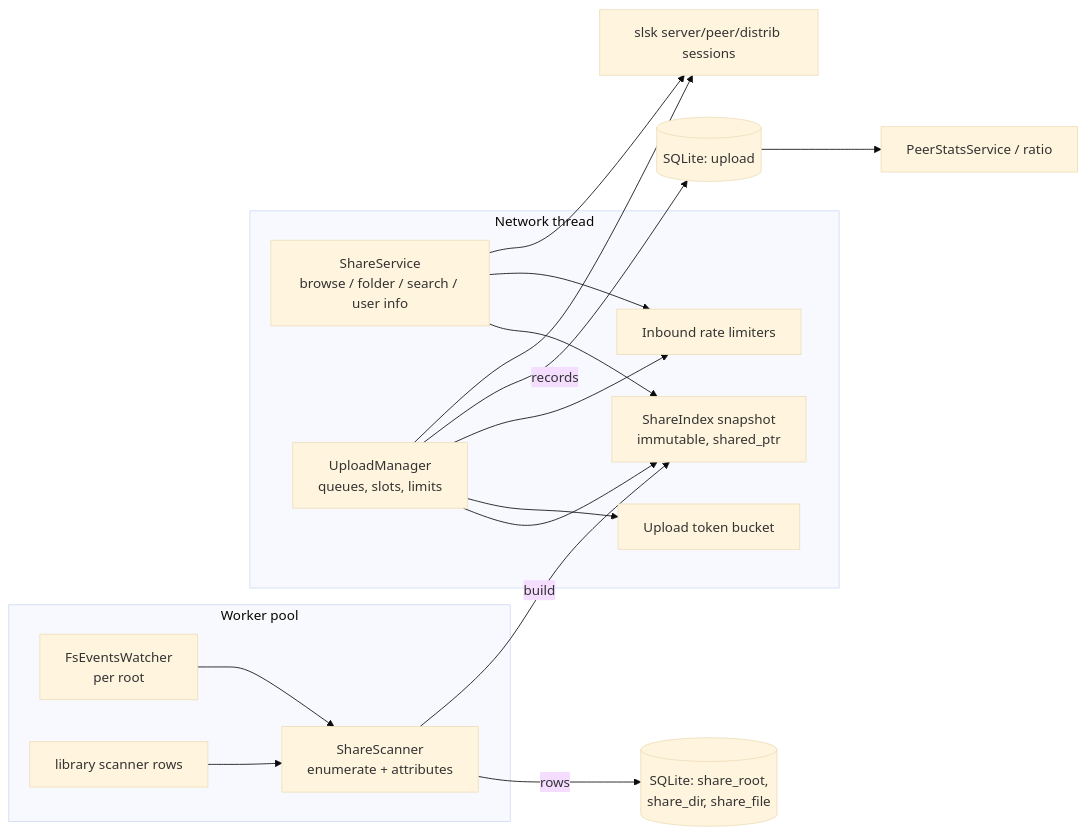
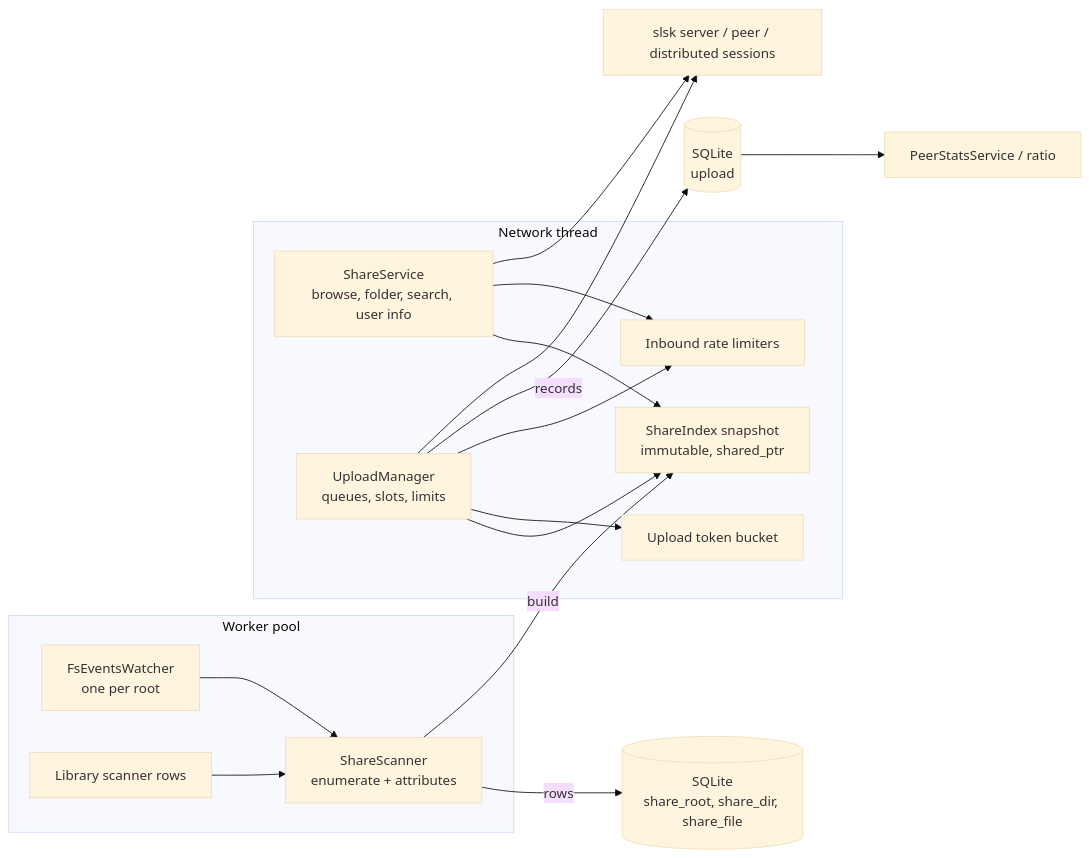
Before and after one commit to usr-ein/selecta: the second of 3 diagrams in references/sharing-and-uploads.md, drawn with Mermaid (base theme). The commit also changed other lines of this file, not shown here.

Commit message:
references: sharing — fix mermaid labels, clarify encoding, dataless and offline details

````diff
--- a/references/sharing-and-uploads.md
+++ b/references/sharing-and-uploads.md
@@ -510,20 +514,20 @@
 ```mermaid
 flowchart LR
-  subgraph worker[Worker pool]
-    W[FsEventsWatcher\nper root] --> SC[ShareScanner\nenumerate + attributes]
-    LIB[library scanner rows] --> SC
+  subgraph worker["Worker pool"]
+    W["FsEventsWatcher<br/>one per root"] --> SC["ShareScanner<br/>enumerate + attributes"]
+    LIB["Library scanner rows"] --> SC
   end
-  SC -->|rows| DB[(SQLite: share_root,\nshare_dir, share_file)]
-  SC -->|build| SNAP[ShareIndex snapshot\nimmutable, shared_ptr]
-  subgraph net[Network thread]
-    SS[ShareService\nbrowse / folder / search / user info] --> SNAP
-    UM[UploadManager\nqueues, slots, limits] --> SNAP
-    UM --> BW[Upload token bucket]
-    SS --> RL[Inbound rate limiters]
+  SC -->|rows| DB[("SQLite<br/>share_root, share_dir, share_file")]
+  SC -->|build| SNAP["ShareIndex snapshot<br/>immutable, shared_ptr"]
+  subgraph net["Network thread"]
+    SS["ShareService<br/>browse, folder, search, user info"] --> SNAP
+    UM["UploadManager<br/>queues, slots, limits"] --> SNAP
+    UM --> BW["Upload token bucket"]
+    SS --> RL["Inbound rate limiters"]
     UM --> RL
   end
-  UM -->|records| UDB[(SQLite: upload)]
-  UDB --> RATIO[PeerStatsService / ratio]
-  SS --> SRV[slsk server/peer/distrib sessions]
+  UM -->|records| UDB[("SQLite<br/>upload")]
+  UDB --> RATIO["PeerStatsService / ratio"]
+  SS --> SRV["slsk server / peer / distributed sessions"]
   UM --> SRV
 ```
````
